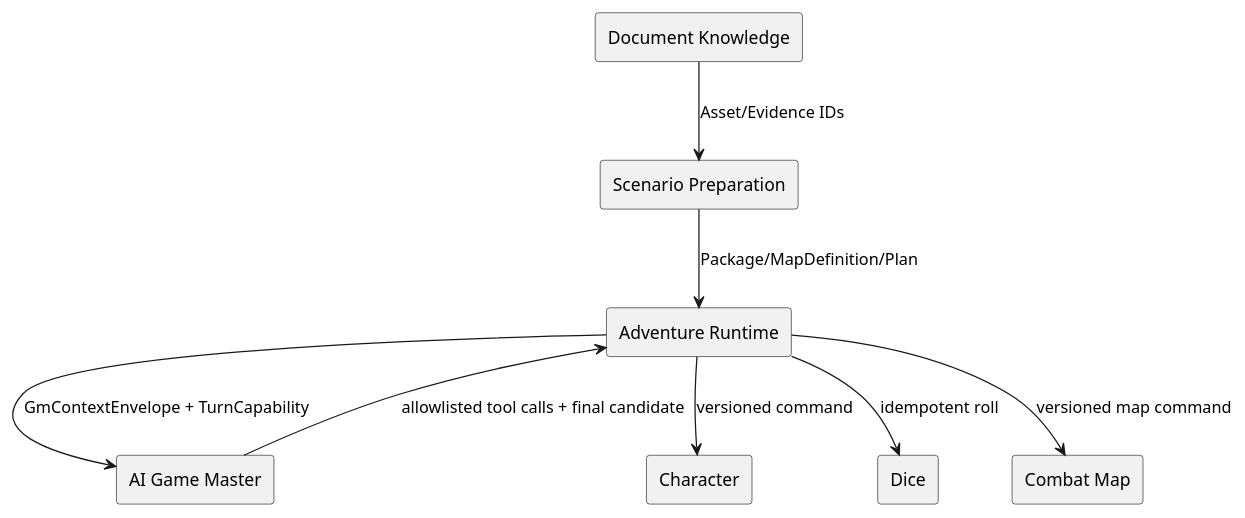
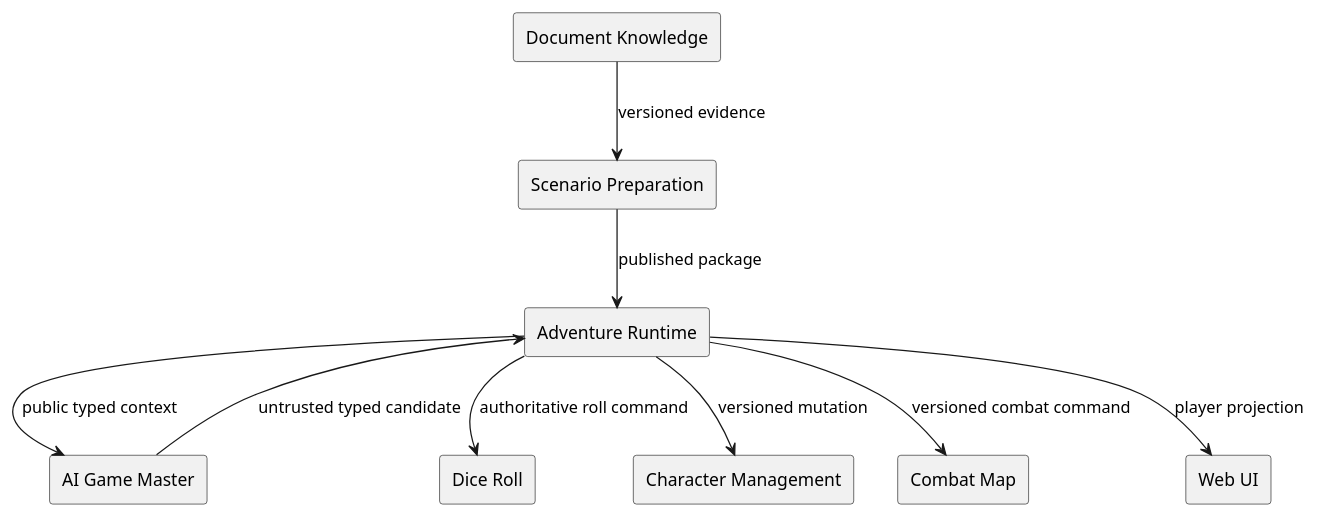
One commit to omegafrog/dnd-master changed the second of 4 diagrams in docs/specs/architecture-spec.md. Above: the diagram before and after it, drawn with PlantUML. The commit also changed other lines of this file and 24 other files, not shown here.

First line of the commit message:
feat: add UI blocker bug report for adventure plan generation failure

````diff
--- a/docs/specs/architecture-spec.md
+++ b/docs/specs/architecture-spec.md
@@ -162,18 +161,20 @@
 ```plantuml
 @startuml
-rectangle "Document Knowledge" as DK
-rectangle "Scenario Preparation" as SP
-rectangle "Adventure Runtime" as AR
-rectangle "AI Game Master" as GM
-rectangle "Character" as CH
-rectangle "Dice" as DI
-rectangle "Combat Map" as CM
-DK --> SP : Asset/Evidence IDs
-SP --> AR : Package/MapDefinition/Plan
-AR --> GM : GmContextEnvelope + TurnCapability
-GM --> AR : allowlisted tool calls + final candidate
-AR --> CH : versioned command
-AR --> DI : idempotent roll
-AR --> CM : versioned map command
+rectangle "Document Knowledge" as knowledge
+rectangle "Scenario Preparation" as prep
+rectangle "Adventure Runtime" as runtime
+rectangle "AI Game Master" as gm
+rectangle "Dice Roll" as dice
+rectangle "Character Management" as character
+rectangle "Combat Map" as map
+rectangle "Web UI" as ui
+knowledge --> prep : versioned evidence
+prep --> runtime : published package
+runtime --> gm : public typed context
+gm --> runtime : untrusted typed candidate
+runtime --> dice : authoritative roll command
+runtime --> character : versioned mutation
+runtime --> map : versioned combat command
+runtime --> ui : player projection
 @enduml
 ```
````
